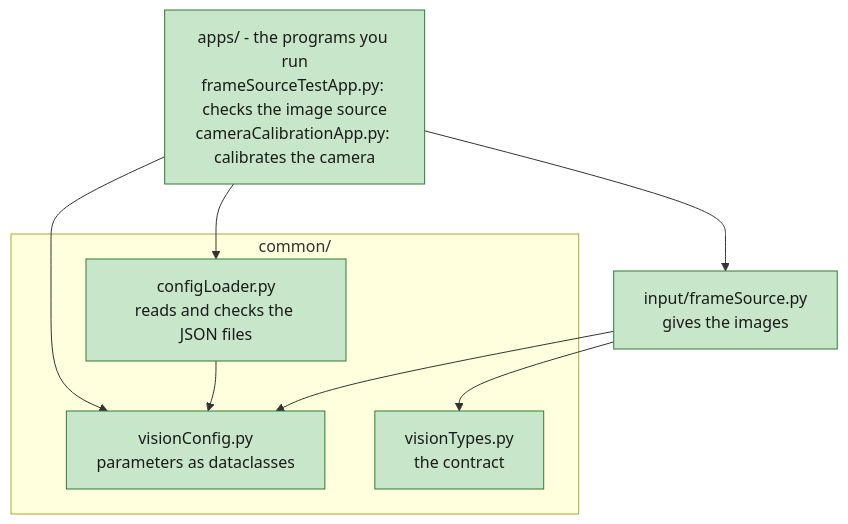
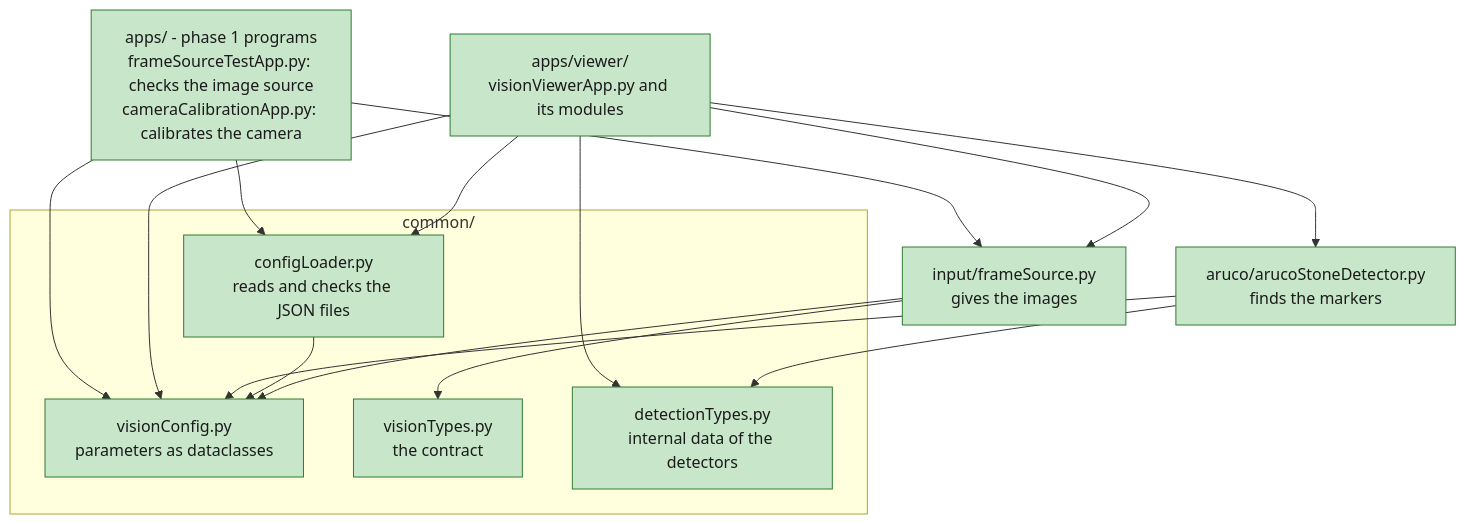
Before and after one commit to Basbat-net/BotQueValeUnEuro: the second of 8 diagrams in docs/vision/howVisionWorks.md, drawn with Mermaid. The commit also changed other lines of this file, not shown here.

Commit message:
Actualizo el diagrama de cómo funciona la visión

````diff
--- a/docs/vision/howVisionWorks.md
+++ b/docs/vision/howVisionWorks.md
@@ -46,19 +47,21 @@
 ```mermaid
 flowchart TD
-    apps["apps/ - the programs you run<br/>frameSourceTestApp.py: checks the image source<br/>cameraCalibrationApp.py: calibrates the camera"]
+    apps["apps/ - phase 1 programs<br/>frameSourceTestApp.py: checks the image source<br/>cameraCalibrationApp.py: calibrates the camera"]
+    viewer["apps/viewer/<br/>visionViewerApp.py and its modules"]
     frameSource["input/frameSource.py<br/>gives the images"]
+    aruco["aruco/arucoStoneDetector.py<br/>finds the markers"]
     subgraph common ["common/"]
         loader["configLoader.py<br/>reads and checks the JSON files"]
         config["visionConfig.py<br/>parameters as dataclasses"]
         types["visionTypes.py<br/>the contract"]
+        detectionTypes["detectionTypes.py<br/>internal data of the detectors"]
     end
-    apps --> loader
-    apps --> frameSource
-    apps --> config
+    apps --> loader & frameSource & config
+    viewer --> loader & frameSource & config & aruco & detectionTypes
+    aruco --> detectionTypes & config
     loader --> config
-    frameSource --> config
-    frameSource --> types
+    frameSource --> config & types
 
     classDef done fill:#c8e6c9,stroke:#2e7d32,color:#1b1b1b
-    class apps,frameSource,loader,config,types done
+    class apps,viewer,frameSource,aruco,loader,config,types,detectionTypes done
 ```
````
